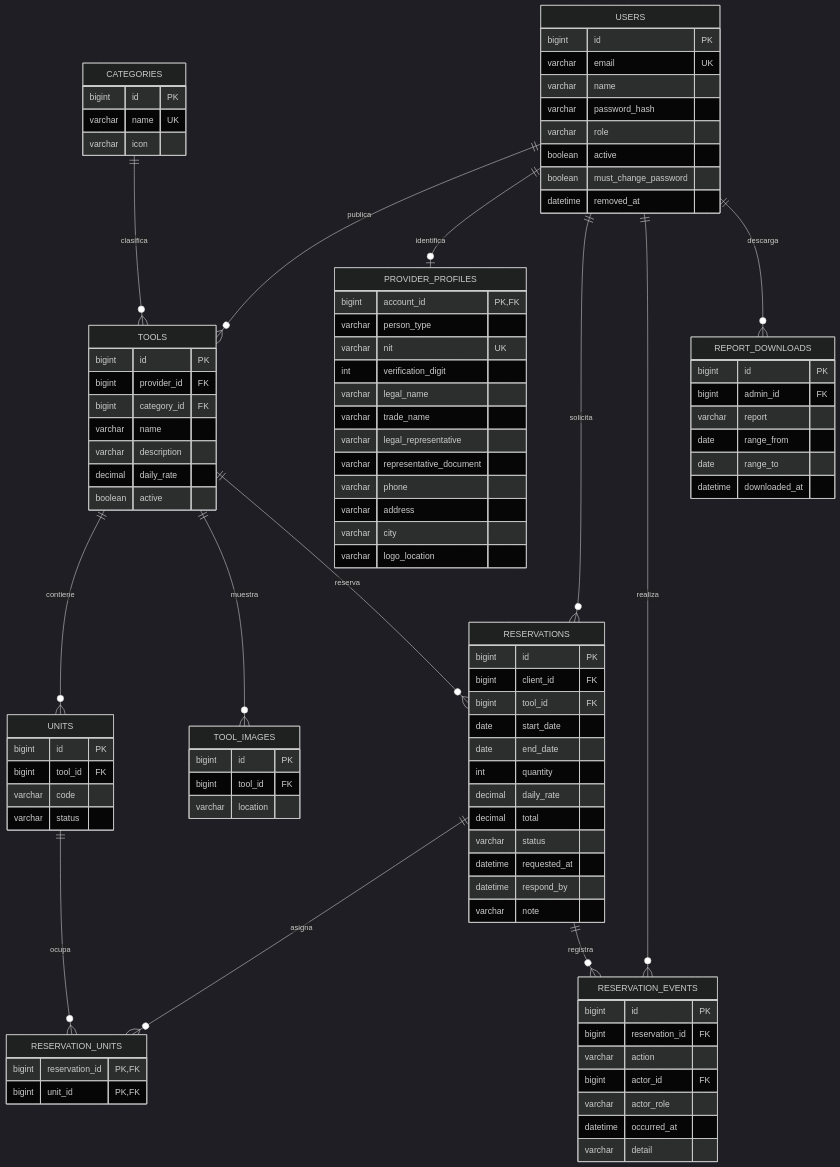
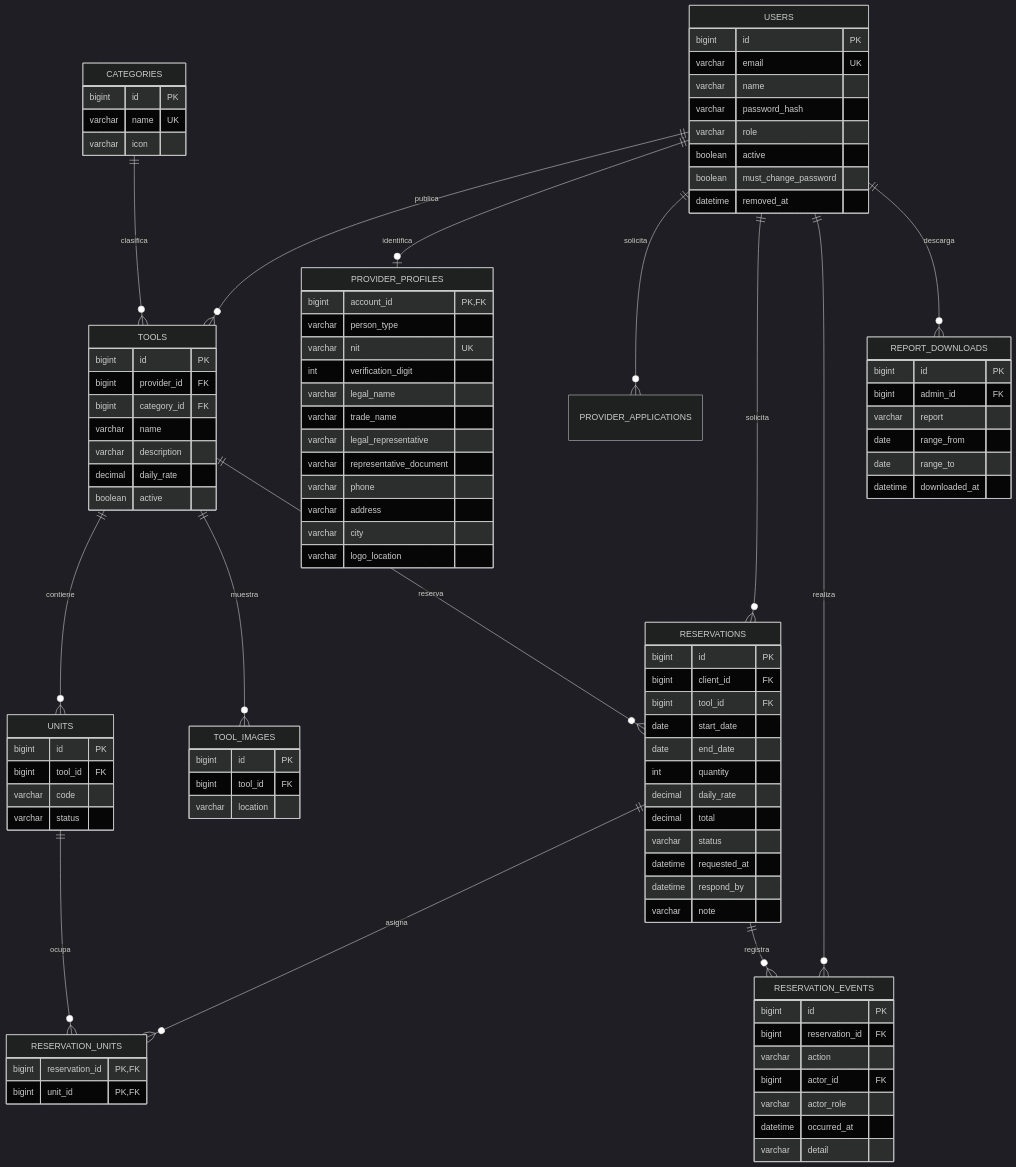
One commit to SantiagovillamizarM/RentTool- changed the diagram in docs/MODELO_DATOS.md. Above: the diagram before and after it, drawn with Mermaid (dark theme). The commit also changed other lines of this file and 45 other files, not shown here.

````diff
--- a/docs/MODELO_DATOS.md
+++ b/docs/MODELO_DATOS.md
@@ -5,79 +5,80 @@
 ```mermaid
 erDiagram
  USERS ||--o{ TOOLS : publica
  USERS ||--o| PROVIDER_PROFILES : identifica
+ USERS ||--o{ PROVIDER_APPLICATIONS : solicita
  CATEGORIES ||--o{ TOOLS : clasifica
  TOOLS ||--o{ UNITS : contiene
  TOOLS ||--o{ TOOL_IMAGES : muestra
  USERS ||--o{ RESERVATIONS : solicita
  TOOLS ||--o{ RESERVATIONS : reserva
  RESERVATIONS ||--o{ RESERVATION_UNITS : asigna
  RESERVATIONS ||--o{ RESERVATION_EVENTS : registra
  USERS ||--o{ RESERVATION_EVENTS : realiza
  USERS ||--o{ REPORT_DOWNLOADS : descarga
  UNITS ||--o{ RESERVATION_UNITS : ocupa
  USERS { bigint id PK
  varchar email UK
  varchar name
  varchar password_hash
  varchar role
  boolean active
  boolean must_change_password
  datetime removed_at }
  PROVIDER_PROFILES { bigint account_id PK,FK
  varchar person_type
  varchar nit UK
  int verification_digit
  varchar legal_name
  varchar trade_name
  varchar legal_representative
  varchar representative_document
  varchar phone
  varchar address
  varchar city
  varchar logo_location }
  CATEGORIES { bigint id PK
  varchar name UK
  varchar icon }
  TOOLS { bigint id PK
  bigint provider_id FK
  bigint category_id FK
  varchar name
  varchar description
  decimal daily_rate
  boolean active }
  UNITS { bigint id PK
  bigint tool_id FK
  varchar code
  varchar status }
  TOOL_IMAGES { bigint id PK
  bigint tool_id FK
  varchar location }
  RESERVATIONS { bigint id PK
  bigint client_id FK
  bigint tool_id FK
  date start_date
  date end_date
  int quantity
  decimal daily_rate
  decimal total
  varchar status
  datetime requested_at
  datetime respond_by
  varchar note }
  RESERVATION_UNITS { bigint reservation_id PK,FK
  bigint unit_id PK,FK }
  RESERVATION_EVENTS { bigint id PK
  bigint reservation_id FK
  varchar action
  bigint actor_id FK
  varchar actor_role
  datetime occurred_at
  varchar detail }
  REPORT_DOWNLOADS { bigint id PK
  bigint admin_id FK
  varchar report
  date range_from
  date range_to
  datetime downloaded_at }
 ```
````
